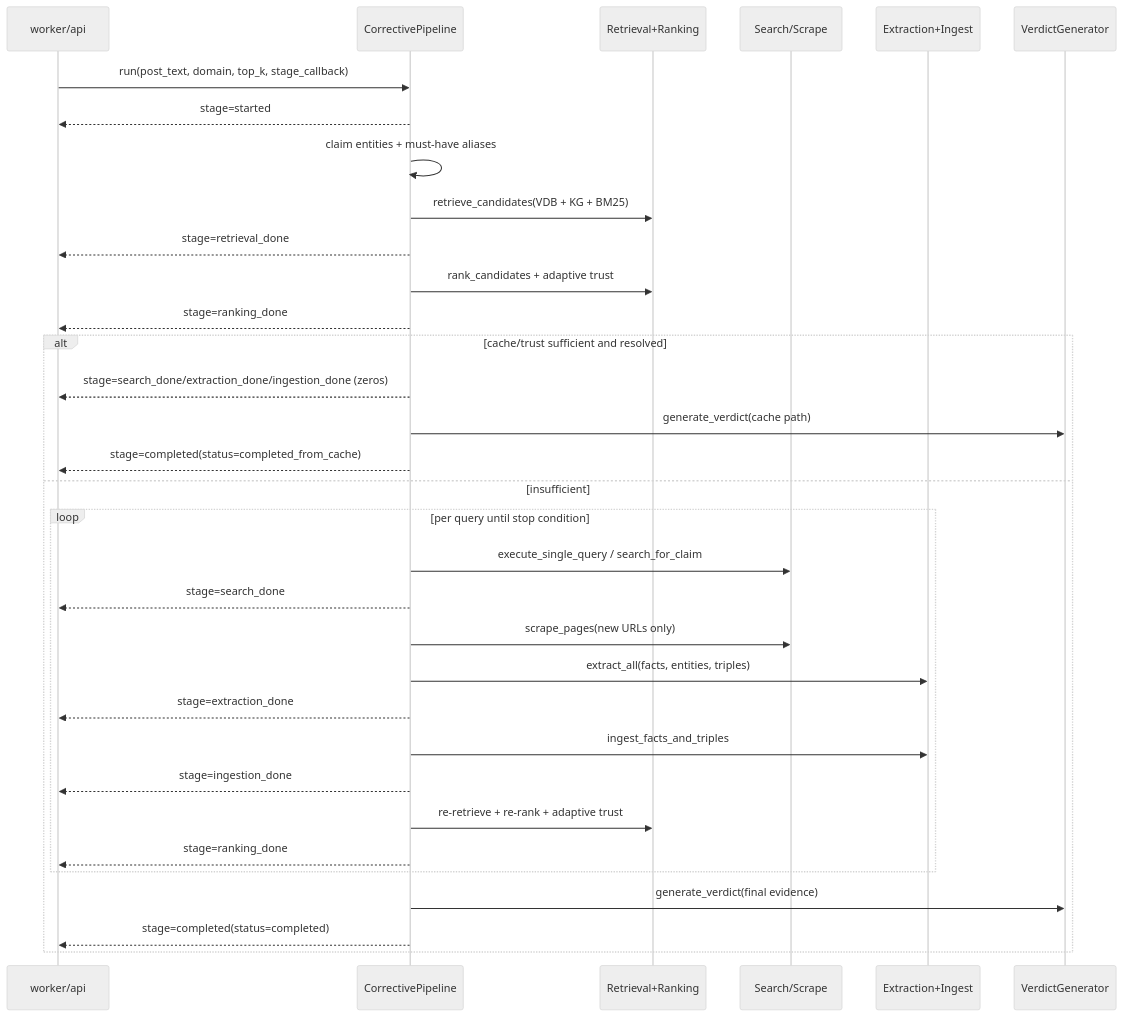
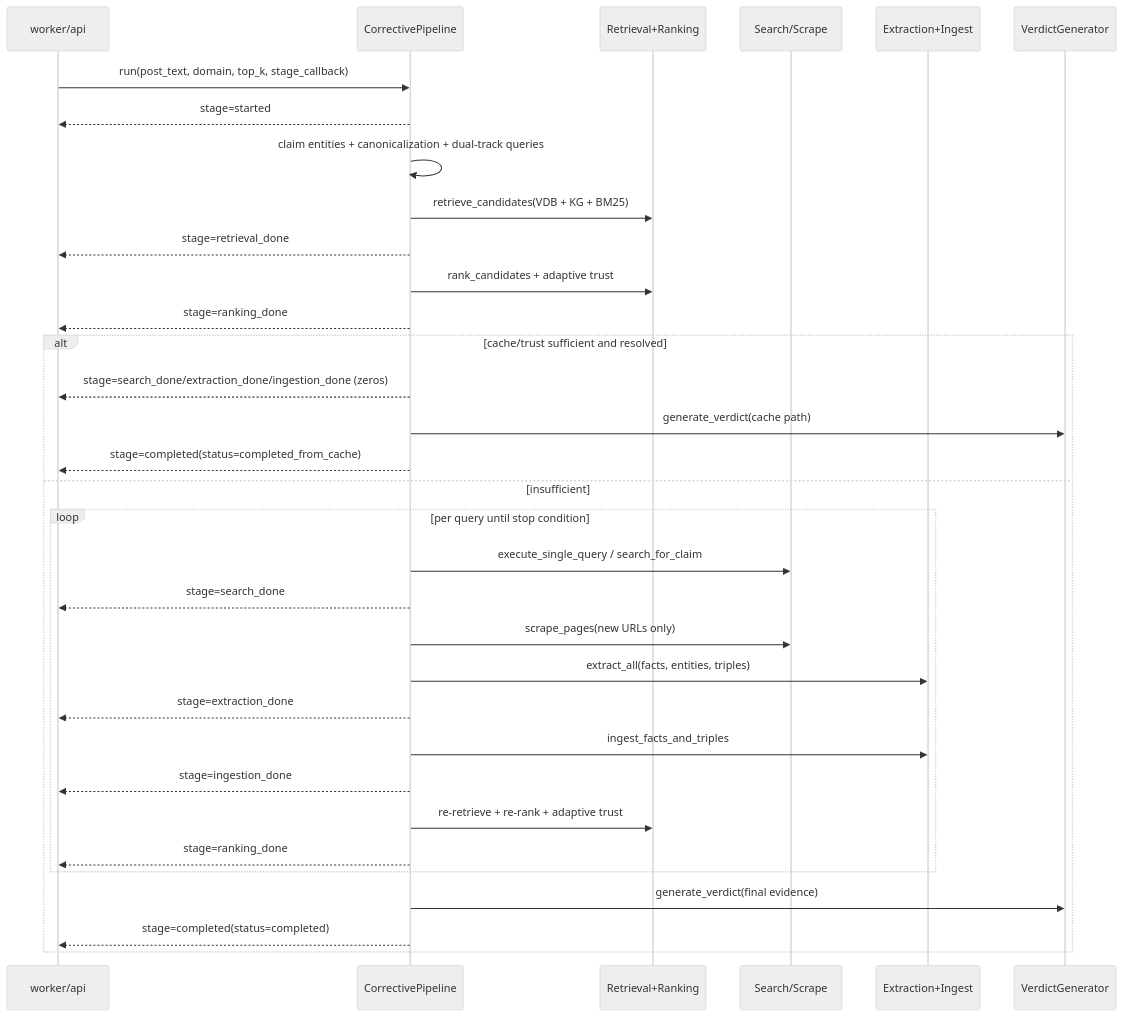
Before and after one commit to Luxia-AI/docs: the diagram in methodology/02-pipeline-stage-decomposition.md, drawn with Mermaid (neutral theme). The commit also changed other lines of this file and 11 other files, not shown here.

````diff
--- a/methodology/02-pipeline-stage-decomposition.md
+++ b/methodology/02-pipeline-stage-decomposition.md
@@ -9,36 +9,36 @@
 ```mermaid
 sequenceDiagram
     participant W as worker/api
     participant P as CorrectivePipeline
     participant R as Retrieval+Ranking
     participant S as Search/Scrape
     participant X as Extraction+Ingest
     participant V as VerdictGenerator
 
     W->>P: run(post_text, domain, top_k, stage_callback)
     P-->>W: stage=started
-    P->>P: claim entities + must-have aliases
+    P->>P: claim entities + canonicalization + dual-track queries
     P->>R: retrieve_candidates(VDB + KG + BM25)
     P-->>W: stage=retrieval_done
     P->>R: rank_candidates + adaptive trust
     P-->>W: stage=ranking_done
     alt cache/trust sufficient and resolved
         P-->>W: stage=search_done/extraction_done/ingestion_done (zeros)
         P->>V: generate_verdict(cache path)
         P-->>W: stage=completed(status=completed_from_cache)
     else insufficient
         loop per query until stop condition
             P->>S: execute_single_query / search_for_claim
             P-->>W: stage=search_done
             P->>S: scrape_pages(new URLs only)
             P->>X: extract_all(facts, entities, triples)
             P-->>W: stage=extraction_done
             P->>X: ingest_facts_and_triples
             P-->>W: stage=ingestion_done
             P->>R: re-retrieve + re-rank + adaptive trust
             P-->>W: stage=ranking_done
         end
         P->>V: generate_verdict(final evidence)
         P-->>W: stage=completed(status=completed)
     end
 ```
````
